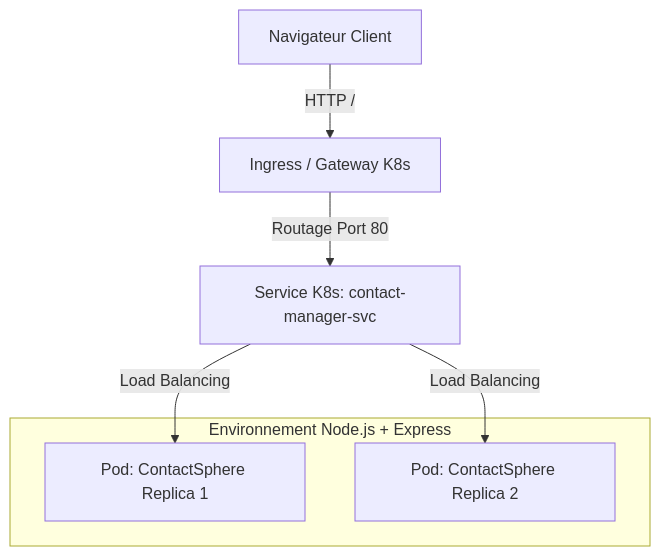
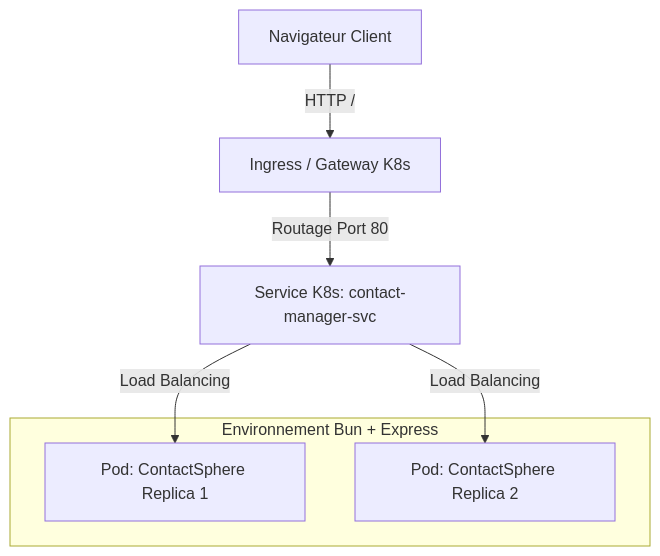
One commit to osbyrne/cloud changed the diagram in README.md. Above: the diagram before and after it, drawn with Mermaid. The commit also changed other lines of this file and 2 other files, not shown here.

````diff
--- a/README.md
+++ b/README.md
@@ -9,12 +9,12 @@
 ```mermaid
 graph TD
     Client[Navigateur Client] -->|HTTP /| Gateway[Ingress / Gateway K8s]
     Gateway -->|Routage Port 80| Service[Service K8s: contact-manager-svc]
     Service -->|Load Balancing| Pod1[Pod: ContactSphere Replica 1]
     Service -->|Load Balancing| Pod2[Pod: ContactSphere Replica 2]
     
-    subgraph Pod [Environnement Node.js + Express]
+    subgraph Pod [Environnement Bun + Express]
         Pod1
         Pod2
     end
 ```
````
